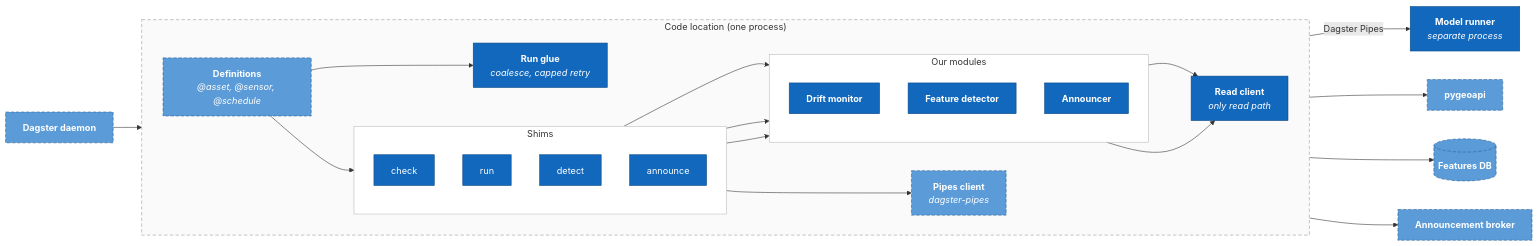
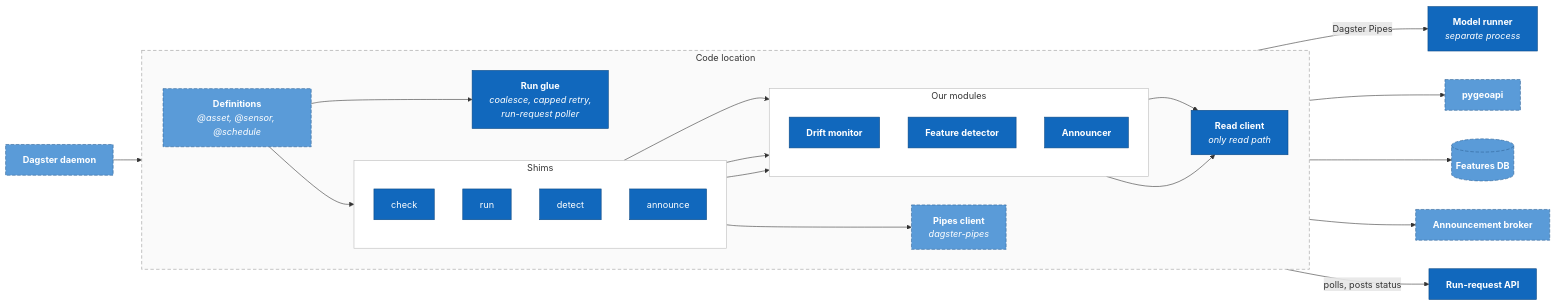
The fifth of 12 diagrams in docs/c4-model.md (DeepBlueCLtd/argonautical), drawn with Mermaid before and after one commit. The commit also changed other lines of this file, not shown here.

First line of the commit message:
Decide C4 open questions Q1-Q7 and split busy diagrams

````diff
--- a/docs/c4-model.md
+++ b/docs/c4-model.md
@@ -185,49 +231,51 @@
 ```mermaid
 flowchart LR
   dd["<b>Dagster daemon</b>"]:::adopted
-  subgraph CL["Code location (one process)"]
+  subgraph CL["Code location"]
     direction LR
     defs["<b>Definitions</b><br/><i>@asset, @sensor, @schedule</i>"]:::adopted
-    glue["<b>Run glue</b><br/><i>coalesce, capped retry</i>"]:::ours
+    glue["<b>Run glue</b><br/><i>coalesce, capped retry,<br/>run-request poller</i>"]:::ours
     subgraph SH["Shims"]
       direction TB
       sc["check"]:::ours
       sr["run"]:::ours
       sd["detect"]:::ours
       sa["announce"]:::ours
     end
     subgraph MOD["Our modules"]
       direction TB
       drift["<b>Drift monitor</b>"]:::ours
       det["<b>Feature detector</b>"]:::ours
       ann["<b>Announcer</b>"]:::ours
     end
     pipes["<b>Pipes client</b><br/><i>dagster-pipes</i>"]:::adopted
     rd["<b>Read client</b><br/><i>only read path</i>"]:::ours
   end
   mr["<b>Model runner</b><br/><i>separate process</i>"]:::ours
   pga["<b>pygeoapi</b>"]:::adopted
   fdb[("<b>Features DB</b>")]:::adopted
   brk["<b>Announcement broker</b>"]:::adopted
+  rapi["<b>Run-request API</b>"]:::ours
 
   dd --> defs
   defs --> glue
   defs --> SH
   sc --> drift
   sr --> pipes
   sd --> det
   sa --> ann
   pipes -->|"Dagster Pipes"| mr
   drift & det --> rd
   rd --> pga
   det --> fdb
   ann --> brk
+  glue -->|"polls, posts status"| rapi
   classDef person fill:#08427b,stroke:#052e56,color:#fff
   classDef ours fill:#1168bd,stroke:#0b4884,color:#fff
   classDef adopted fill:#5a9bd8,stroke:#2e6295,color:#fff,stroke-dasharray:6 3
   classDef ext fill:#8a8a8a,stroke:#666,color:#fff
   classDef zone fill:#fafafa,stroke:#999,stroke-dasharray:6 4,color:#333
   classDef host fill:#fff,stroke:#bbb,color:#333
   class CL zone
   class SH,MOD host
 ```
````
